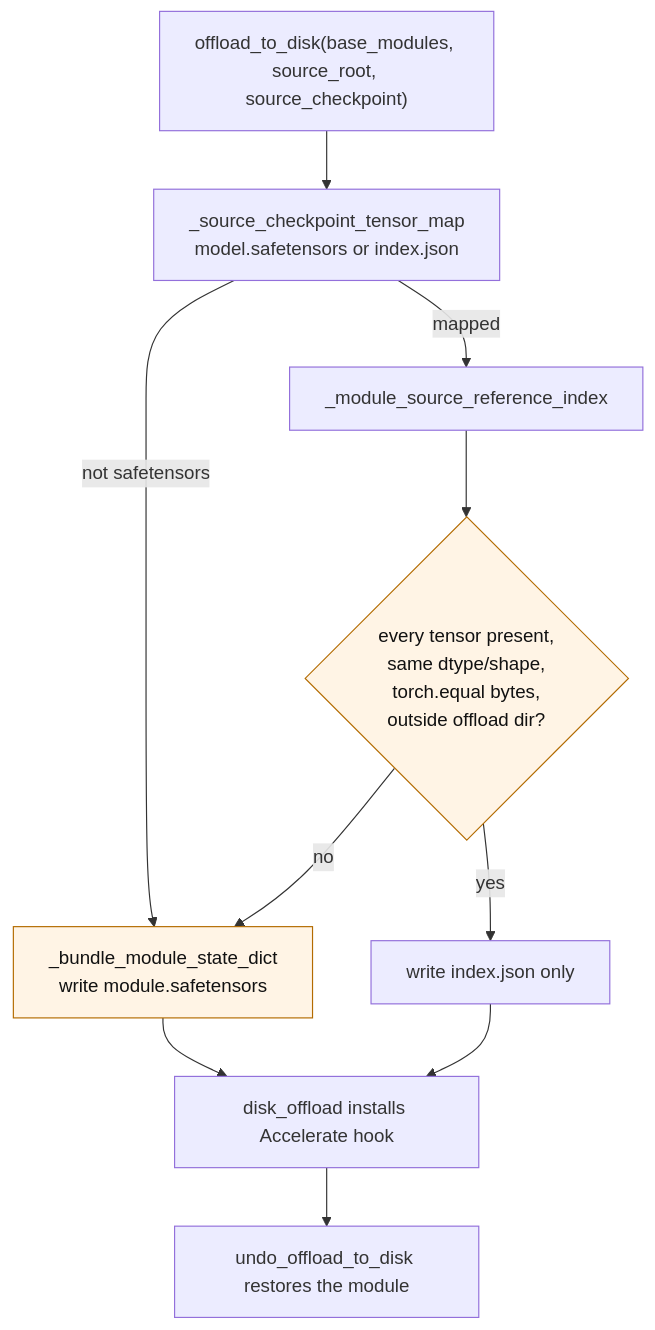
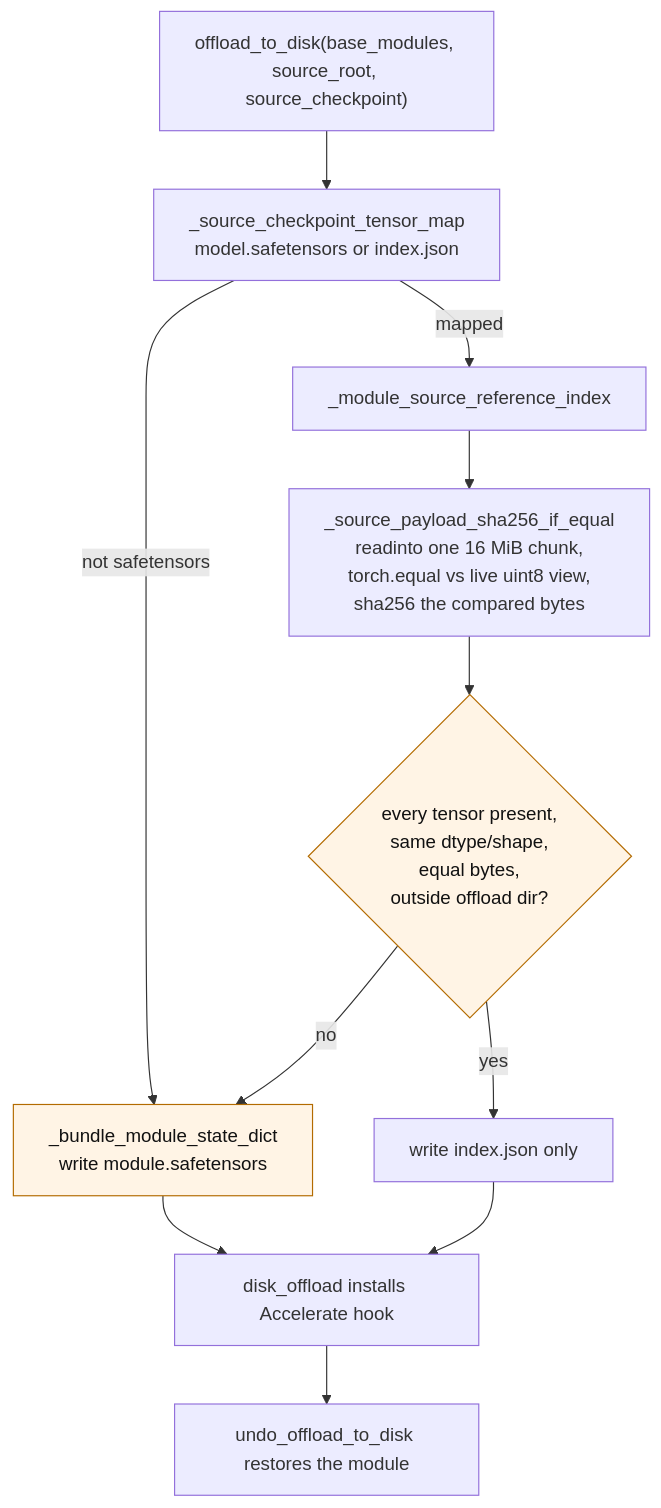
One commit to ModelCloud/GPTQModel changed the third of 3 diagrams in docs/safetensors-reference-offload.md. Above: the diagram before and after it, drawn with Mermaid. The commit also changed other lines of this file and 2 other files, not shown here.

First line of the commit message:
fix(offload): bound host memory of the base-module source-reference check (#4463)

````diff
--- a/docs/safetensors-reference-offload.md
+++ b/docs/safetensors-reference-offload.md
@@ -99,14 +99,15 @@
 ```mermaid
 flowchart TD
     A["offload_to_disk(base_modules, source_root, source_checkpoint)"] --> B["_source_checkpoint_tensor_map<br/>model.safetensors or index.json"]
     B -- "not safetensors" --> E["_bundle_module_state_dict<br/>write module.safetensors"]
     B -- "mapped" --> C["_module_source_reference_index"]
-    C --> D{"every tensor present,<br/>same dtype/shape,<br/>torch.equal bytes,<br/>outside offload dir?"}
+    C --> P["_source_payload_sha256_if_equal<br/>readinto one 16 MiB chunk,<br/>torch.equal vs live uint8 view,<br/>sha256 the compared bytes"]
+    P --> D{"every tensor present,<br/>same dtype/shape,<br/>equal bytes,<br/>outside offload dir?"}
     D -- "no" --> E
     D -- "yes" --> F["write index.json only"]
     F --> G["disk_offload installs Accelerate hook"]
     E --> G
     G --> H["undo_offload_to_disk restores the module"]
     classDef fallback fill:#fff4e5,stroke:#b36b00,color:#111;
     class E,D fallback;
 ```
````
